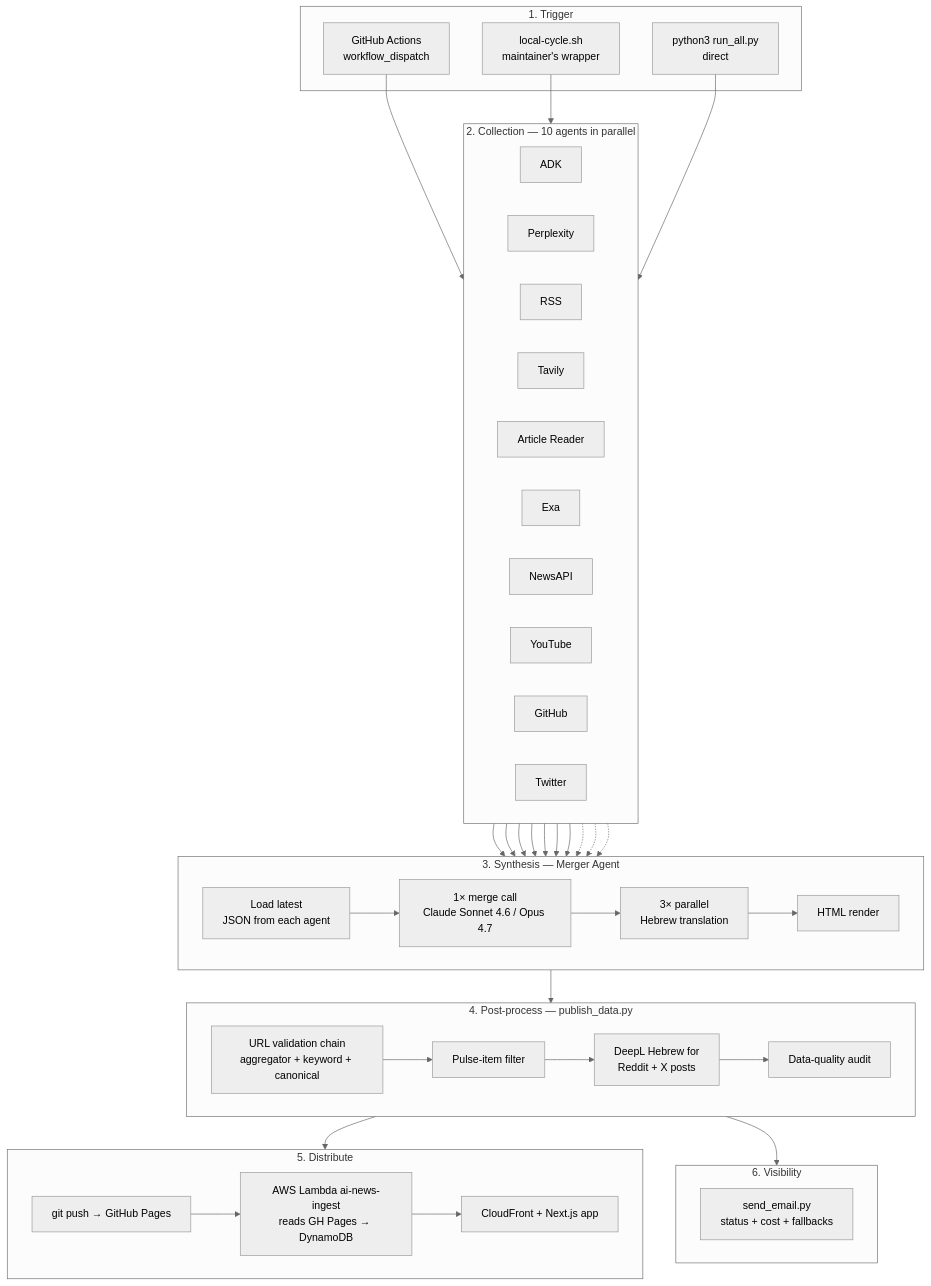
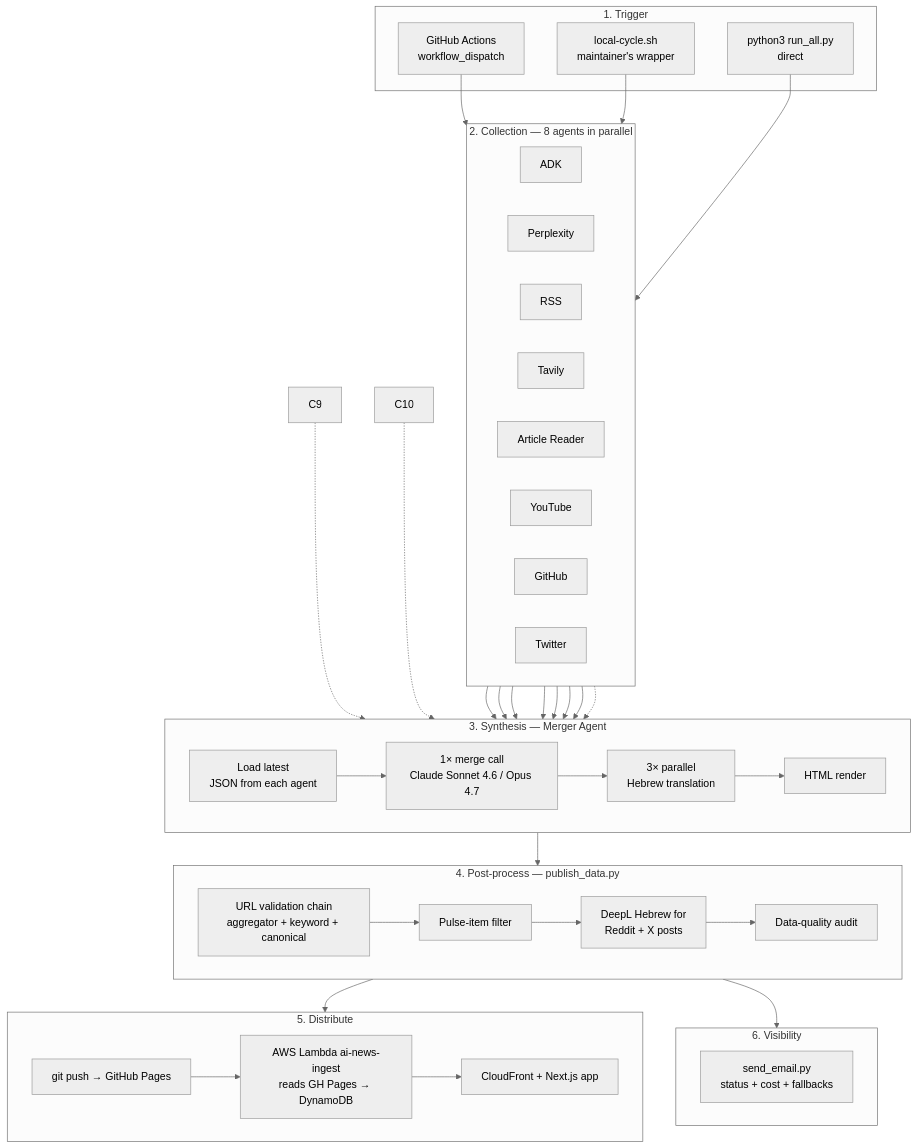
The first of 2 diagrams in docs/learn/01-high-level-flow.md (kobyal/ai-news-briefing), drawn with Mermaid (neutral theme) before and after one commit. The commit also changed other lines of this file and 11 other files, not shown here.

````diff
--- a/docs/learn/01-high-level-flow.md
+++ b/docs/learn/01-high-level-flow.md
@@ -9,68 +9,66 @@
 ```mermaid
 flowchart TB
     subgraph trigger["1. Trigger"]
         T1[GitHub Actions<br/>workflow_dispatch]
         T2[local-cycle.sh<br/>maintainer's wrapper]
         T3[python3 run_all.py<br/>direct]
     end
 
-    subgraph collect["2. Collection — 10 agents in parallel"]
+    subgraph collect["2. Collection — 8 agents in parallel"]
         direction LR
         C1[ADK]
         C2[Perplexity]
         C3[RSS]
         C4[Tavily]
         C5[Article Reader]
-        C6[Exa]
-        C7[NewsAPI]
-        C8[YouTube]
-        C9[GitHub]
-        C10[Twitter]
+        C6[YouTube]
+        C7[GitHub]
+        C8[Twitter]
     end
 
     subgraph merge["3. Synthesis — Merger Agent"]
         M1[Load latest<br/>JSON from each agent]
         M2[1× merge call<br/>Claude Sonnet 4.6 / Opus 4.7]
         M3[3× parallel<br/>Hebrew translation]
         M4[HTML render]
         M1 --> M2 --> M3 --> M4
     end
 
     subgraph publish["4. Post-process — publish_data.py"]
         P1[URL validation chain<br/>aggregator + keyword + canonical]
         P2[Pulse-item filter]
         P3[DeepL Hebrew for<br/>Reddit + X posts]
         P4[Data-quality audit]
         P1 --> P2 --> P3 --> P4
     end
 
     subgraph distribute["5. Distribute"]
         D1[git push → GitHub Pages]
         D2[AWS Lambda ai-news-ingest<br/>reads GH Pages → DynamoDB]
         D3[CloudFront + Next.js app]
         D1 --> D2 --> D3
     end
 
     subgraph visibility["6. Visibility"]
         V1[send_email.py<br/>status + cost + fallbacks]
     end
 
     T1 --> collect
     T2 --> collect
     T3 --> collect
 
     C1 --> merge
     C2 --> merge
     C3 --> merge
     C4 --> merge
     C5 --> merge
     C6 --> merge
     C7 --> merge
     C8 -.-> merge
     C9 -.-> merge
     C10 -.-> merge
 
     merge --> publish
     publish --> distribute
     publish --> visibility
 ```
````
